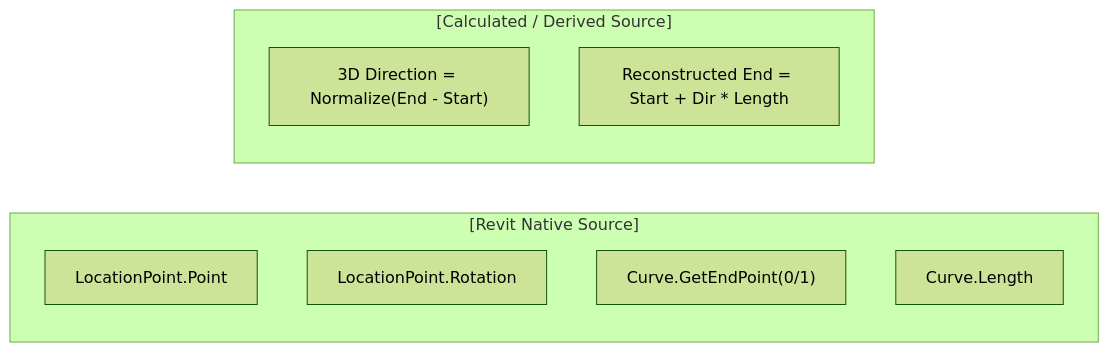
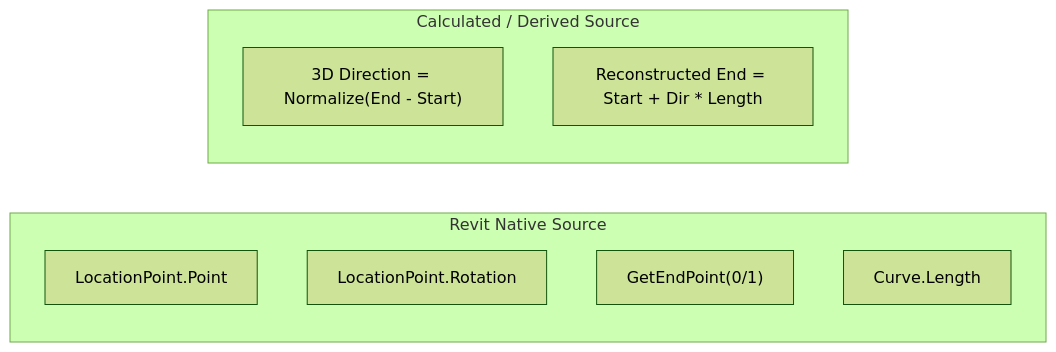
Before and after one commit to Mustafa-TOMMY/CommandSamplesRevitApiVer2025: the eighth of 31 diagrams in RevitApiSamples/Samples/TransformModule/TransformModule.md, drawn with Mermaid (forest theme). The commit also changed other lines of this file, not shown here.

Commit message:
Update the mermaid sections

````diff
--- a/RevitApiSamples/Samples/TransformModule/TransformModule.md
+++ b/RevitApiSamples/Samples/TransformModule/TransformModule.md
@@ -264,13 +268,13 @@
 ```mermaid
 flowchart LR
-    subgraph Native["[Revit Native Source]"]
+    subgraph Native["Revit Native Source"]
         N1["LocationPoint.Point"]
         N2["LocationPoint.Rotation"]
-        N3["Curve.GetEndPoint(0/1)"]
+        N3["GetEndPoint(0/1)"]
         N4["Curve.Length"]
     end
-    subgraph Calculated["[Calculated / Derived Source]"]
+    subgraph Calculated["Calculated / Derived Source"]
         C1["3D Direction = Normalize(End - Start)"]
         C2["Reconstructed End = Start + Dir * Length"]
     end
 ```
````
